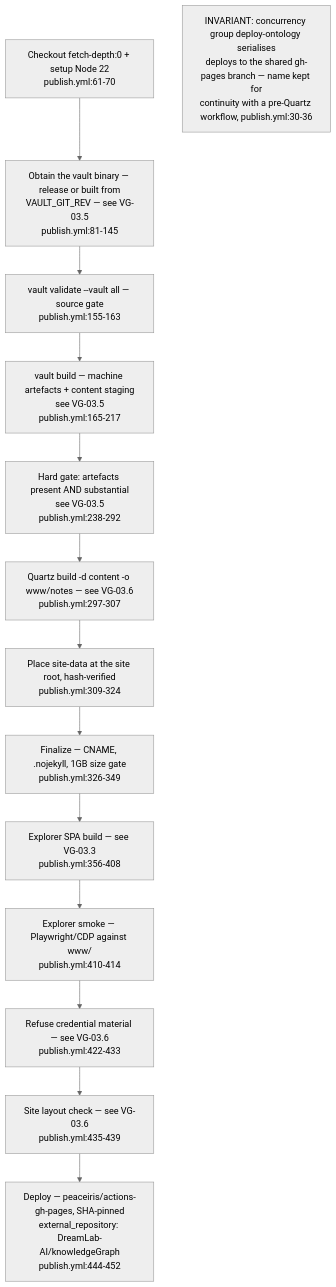
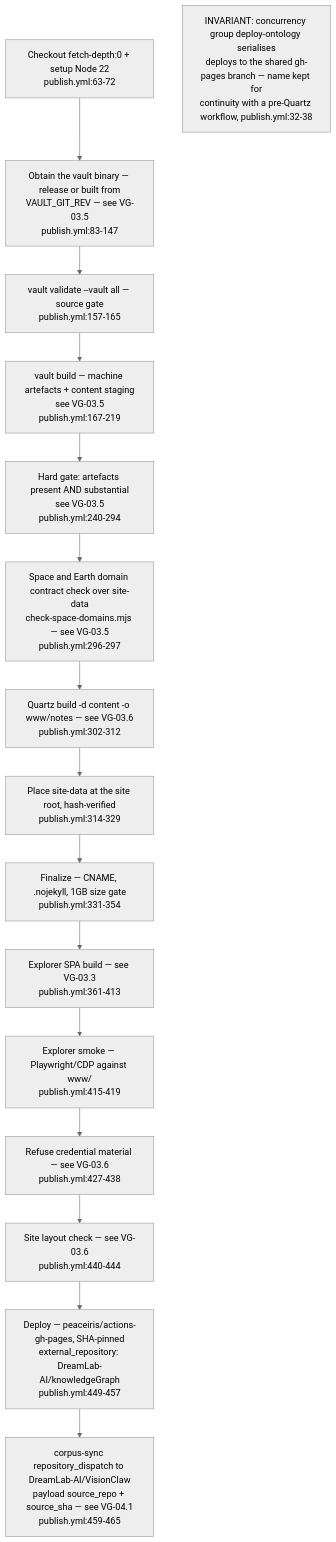
The first of 4 diagrams in docs/diagrams/visiongraph/03-publish-pipeline-and-explorer-build.md (DreamLab-AI/VisionFlow), drawn with Mermaid (neutral theme) before and after one commit. The commit also changed other lines of this file and 94 other files, not shown here.

First line of the commit message:
docs(diagrams): re-verify 130 topics against 2 October HEADs

````diff
--- a/docs/diagrams/visiongraph/03-publish-pipeline-and-explorer-build.md
+++ b/docs/diagrams/visiongraph/03-publish-pipeline-and-explorer-build.md
@@ -15,18 +17,20 @@
 ```mermaid
 flowchart TD
-    CO["Checkout fetch-depth:0 + setup Node 22<br/>publish.yml:61-70"]
-    VAULTBIN["Obtain the vault binary — release or built from<br/>VAULT_GIT_REV — see VG-03.5<br/>publish.yml:81-145"]
-    VALIDATE["vault validate --vault all — source gate<br/>publish.yml:155-163"]
-    BUILD["vault build — machine artefacts + content staging<br/>see VG-03.5<br/>publish.yml:165-217"]
-    GATE["Hard gate: artefacts present AND substantial<br/>see VG-03.5<br/>publish.yml:238-292"]
-    QUARTZ["Quartz build -d content -o www/notes — see VG-03.6<br/>publish.yml:297-307"]
-    PLACE["Place site-data at the site root, hash-verified<br/>publish.yml:309-324"]
-    FIN["Finalize — CNAME, .nojekyll, 1GB size gate<br/>publish.yml:326-349"]
-    SPA["Explorer SPA build — see VG-03.3<br/>publish.yml:356-408"]
-    SMOKE["Explorer smoke — Playwright/CDP against www/<br/>publish.yml:410-414"]
-    SEC["Refuse credential material — see VG-03.6<br/>publish.yml:422-433"]
-    URLCHK["Site layout check — see VG-03.6<br/>publish.yml:435-439"]
-    DEPLOY["Deploy — peaceiris/actions-gh-pages, SHA-pinned<br/>external_repository: DreamLab-AI/knowledgeGraph<br/>publish.yml:444-452"]
-    CO --> VAULTBIN --> VALIDATE --> BUILD --> GATE --> QUARTZ --> PLACE --> FIN --> SPA --> SMOKE --> SEC --> URLCHK --> DEPLOY
-    note1["INVARIANT: concurrency group deploy-ontology serialises<br/>deploys to the shared gh-pages branch — name kept for<br/>continuity with a pre-Quartz workflow, publish.yml:30-36"]
+    CO["Checkout fetch-depth:0 + setup Node 22<br/>publish.yml:63-72"]
+    VAULTBIN["Obtain the vault binary — release or built from<br/>VAULT_GIT_REV — see VG-03.5<br/>publish.yml:83-147"]
+    VALIDATE["vault validate --vault all — source gate<br/>publish.yml:157-165"]
+    BUILD["vault build — machine artefacts + content staging<br/>see VG-03.5<br/>publish.yml:167-219"]
+    GATE["Hard gate: artefacts present AND substantial<br/>see VG-03.5<br/>publish.yml:240-294"]
+    SPACE["Space and Earth domain contract check over site-data<br/>check-space-domains.mjs — see VG-03.5<br/>publish.yml:296-297"]
+    QUARTZ["Quartz build -d content -o www/notes — see VG-03.6<br/>publish.yml:302-312"]
+    PLACE["Place site-data at the site root, hash-verified<br/>publish.yml:314-329"]
+    FIN["Finalize — CNAME, .nojekyll, 1GB size gate<br/>publish.yml:331-354"]
+    SPA["Explorer SPA build — see VG-03.3<br/>publish.yml:361-413"]
+    SMOKE["Explorer smoke — Playwright/CDP against www/<br/>publish.yml:415-419"]
+    SEC["Refuse credential material — see VG-03.6<br/>publish.yml:427-438"]
+    URLCHK["Site layout check — see VG-03.6<br/>publish.yml:440-444"]
+    DEPLOY["Deploy — peaceiris/actions-gh-pages, SHA-pinned<br/>external_repository: DreamLab-AI/knowledgeGraph<br/>publish.yml:449-457"]
+    DISPATCH["corpus-sync repository_dispatch to DreamLab-AI/VisionClaw<br/>payload source_repo + source_sha — see VG-04.1<br/>publish.yml:459-465"]
+    CO --> VAULTBIN --> VALIDATE --> BUILD --> GATE --> SPACE --> QUARTZ --> PLACE --> FIN --> SPA --> SMOKE --> SEC --> URLCHK --> DEPLOY --> DISPATCH
+    note1["INVARIANT: concurrency group deploy-ontology serialises<br/>deploys to the shared gh-pages branch — name kept for<br/>continuity with a pre-Quartz workflow, publish.yml:32-38"]
 ```
````
